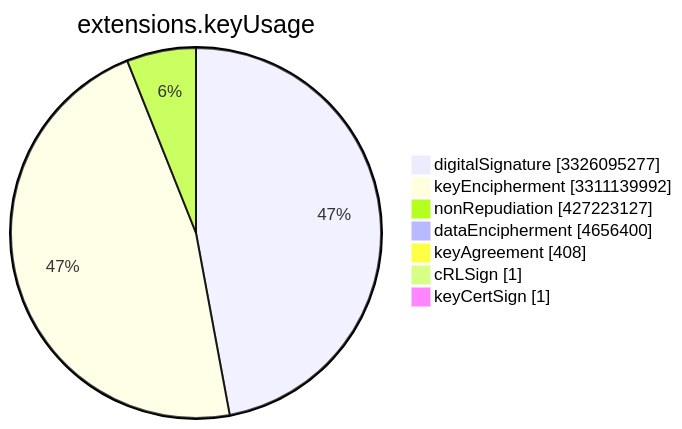
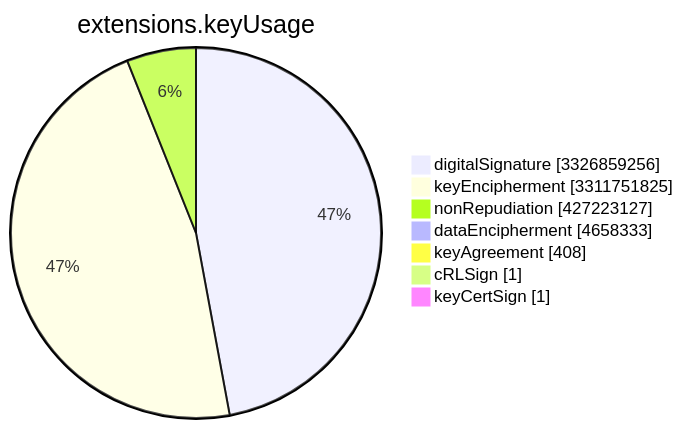
The sixth of 15 diagrams in TOTAL/README.md (christiankrug/ctmonitor_visualization), drawn with Mermaid before and after one commit. The commit also changed other lines of this file, not shown here.

````diff
--- a/TOTAL/README.md
+++ b/TOTAL/README.md
@@ -3078,11 +3078,11 @@
 ```mermaid
 pie showData
 title extensions.keyUsage
-"digitalSignature" :3326095277
-"keyEncipherment" :3311139992
+"digitalSignature" :3326859256
+"keyEncipherment" :3311751825
 "nonRepudiation" :427223127
-"dataEncipherment" :4656400
+"dataEncipherment" :4658333
 "keyAgreement" :408
 "cRLSign" :1
 "keyCertSign" :1
 ```
````
